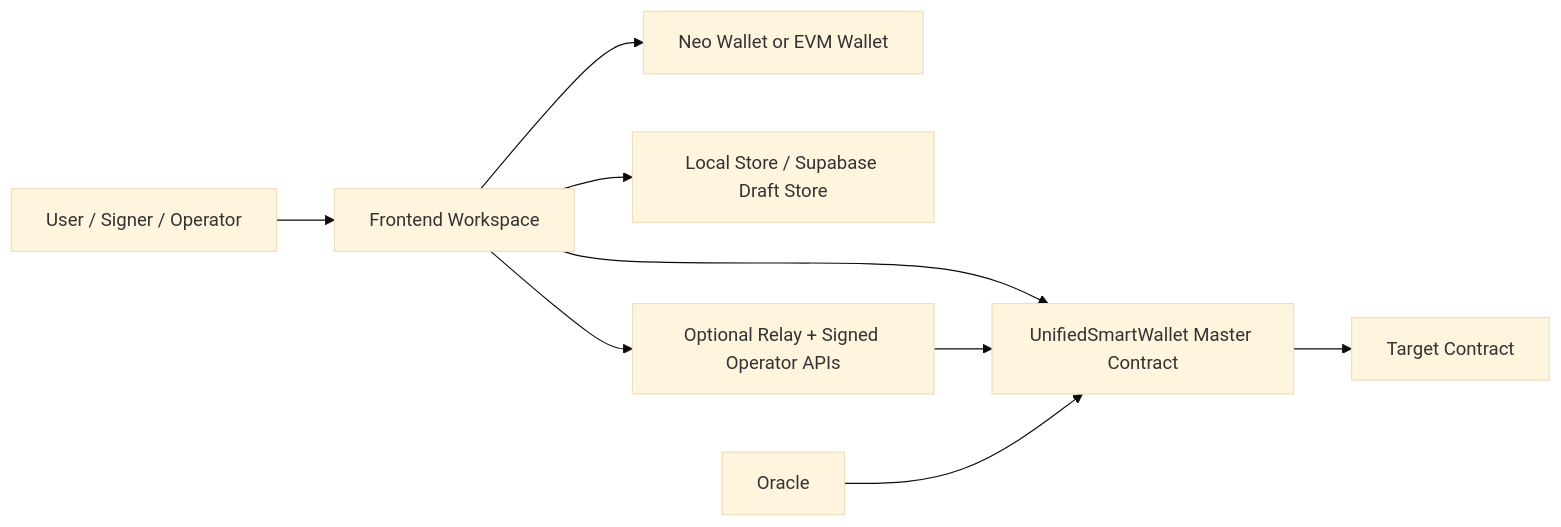
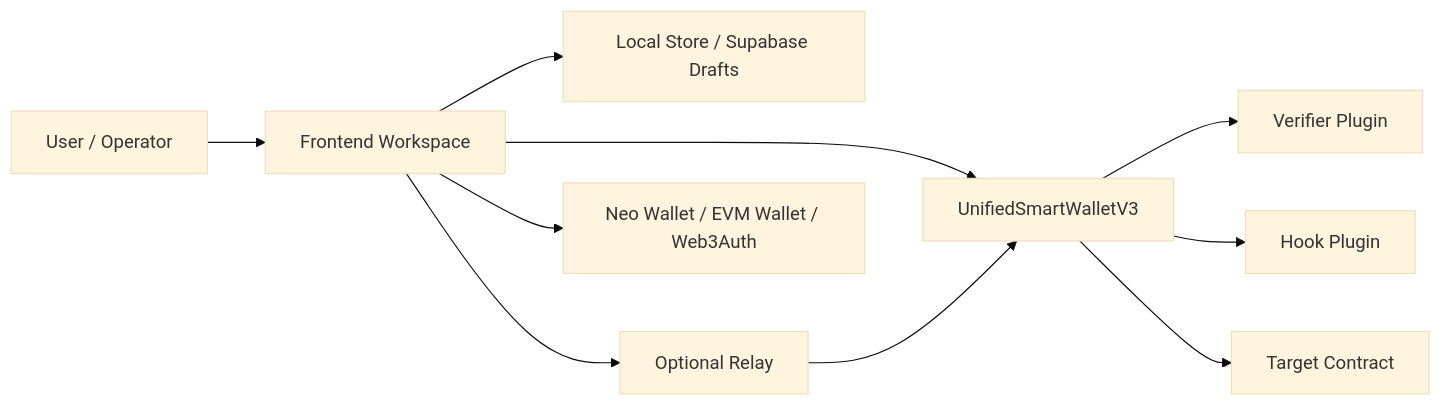
The first of 3 diagrams in frontend/src/assets/docs/architecture.md (r3e-network/neo-abstract-account), drawn with Mermaid (base theme) before and after one commit. The commit also changed other lines of this file and 52 other files, not shown here.

````diff
--- a/frontend/src/assets/docs/architecture.md
+++ b/frontend/src/assets/docs/architecture.md
@@ -7,19 +7,22 @@
 ```mermaid
 flowchart LR
-  User[User / Signer / Operator]
+  User[User / Operator]
   Browser[Frontend Workspace]
-  Wallet[Neo Wallet or EVM Wallet]
-  Drafts[Local Store / Supabase Draft Store]
-  Relay[Optional Relay + Signed Operator APIs]
-  Master[UnifiedSmartWallet Master Contract]
+  Drafts[Local Store / Supabase Drafts]
+  Relay[Optional Relay]
+  Wallets[Neo Wallet / EVM Wallet / Web3Auth]
+  Core[UnifiedSmartWalletV3]
+  Verifier[Verifier Plugin]
+  Hook[Hook Plugin]
   Target[Target Contract]
 
   User --> Browser
-  Browser --> Wallet
+  Browser --> Wallets
   Browser --> Drafts
   Browser --> Relay
-  Browser --> Master
-  Relay --> Master
-  Master --> Target
-  Oracle --> Master
+  Browser --> Core
+  Relay --> Core
+  Core --> Verifier
+  Core --> Hook
+  Core --> Target
 ```
````
